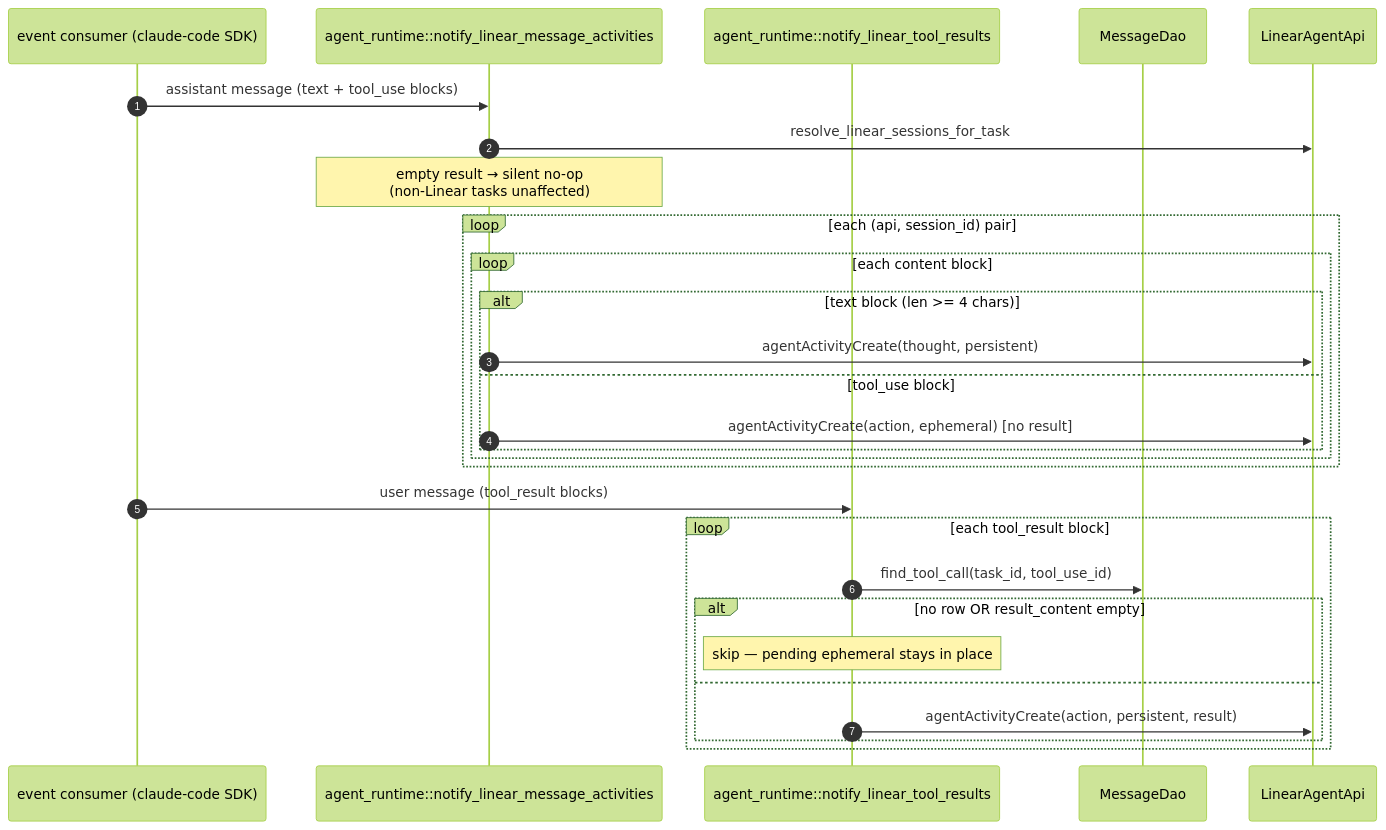
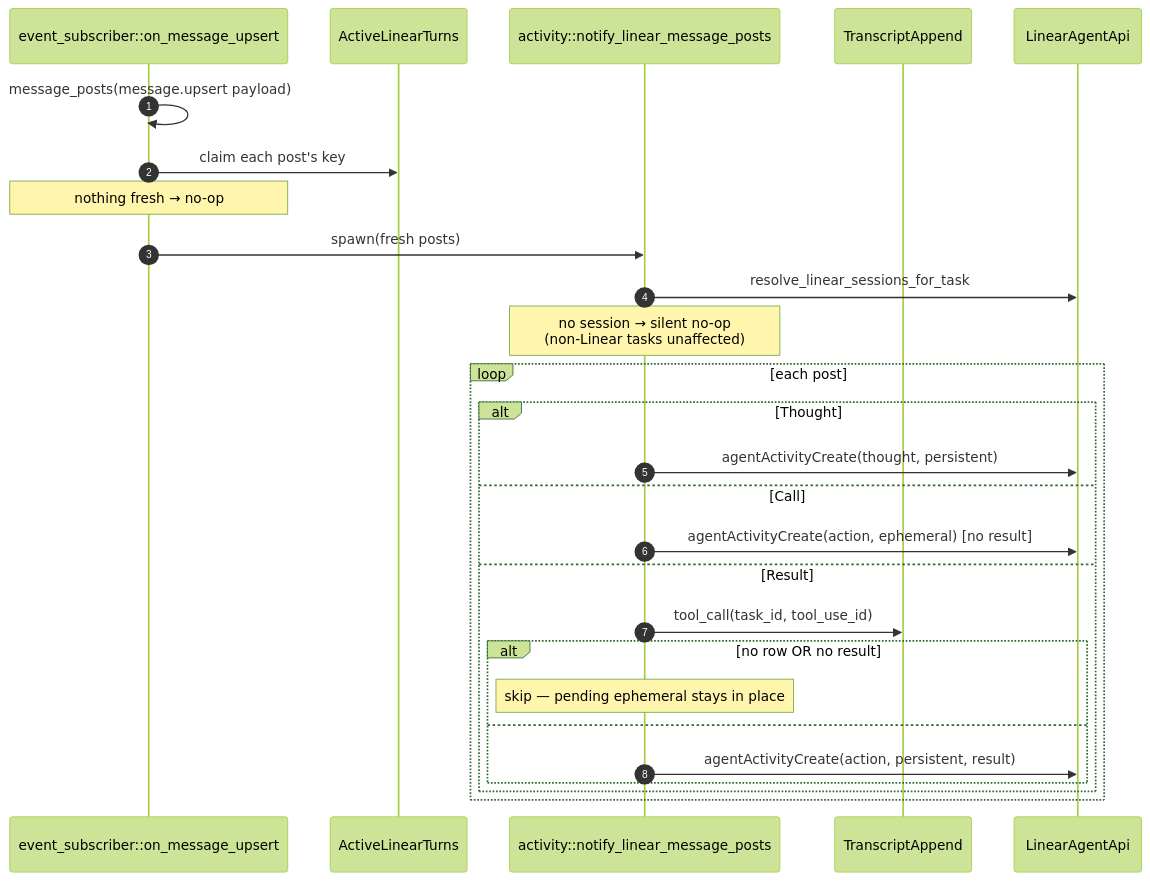
One commit to aorwall/moatless changed the eighth of 9 diagrams in docs/linear-adapter.md. Above: the diagram before and after it, drawn with Mermaid (forest theme). The commit also changed other lines of this file and 72 other files, not shown here.

First line of the commit message:
fix(tasks): stop reprojecting a frozen task's pre-freeze session lines

````diff
--- a/docs/linear-adapter.md
+++ b/docs/linear-adapter.md
@@ -417,32 +420,30 @@
 ```mermaid
 sequenceDiagram
     autonumber
-    participant Consumer as event consumer (claude-code SDK)
-    participant Assistant as agent_runtime::notify_linear_message_activities
-    participant Results as agent_runtime::notify_linear_tool_results
-    participant Repo as MessageDao
+    participant Sub as event_subscriber::on_message_upsert
+    participant Turns as ActiveLinearTurns
+    participant Notify as activity::notify_linear_message_posts
+    participant Repo as TranscriptAppend
     participant API as LinearAgentApi
 
-    Consumer->>Assistant: assistant message (text + tool_use blocks)
-    Assistant->>API: resolve_linear_sessions_for_task
-    Note over Assistant: empty result → silent no-op<br/>(non-Linear tasks unaffected)
-    loop each (api, session_id) pair
-        loop each content block
-            alt text block (len >= 4 chars)
-                Assistant->>API: agentActivityCreate(thought, persistent)
-            else tool_use block
-                Assistant->>API: agentActivityCreate(action, ephemeral) [no result]
+    Sub->>Sub: message_posts(message.upsert payload)
+    Sub->>Turns: claim each post's key
+    Note over Sub: nothing fresh → no-op
+    Sub->>Notify: spawn(fresh posts)
+    Notify->>API: resolve_linear_sessions_for_task
+    Note over Notify: no session → silent no-op<br/>(non-Linear tasks unaffected)
+    loop each post
+        alt Thought
+            Notify->>API: agentActivityCreate(thought, persistent)
+        else Call
+            Notify->>API: agentActivityCreate(action, ephemeral) [no result]
+        else Result
+            Notify->>Repo: tool_call(task_id, tool_use_id)
+            alt no row OR no result
+                Note over Notify: skip — pending ephemeral stays in place
+            else
+                Notify->>API: agentActivityCreate(action, persistent, result)
             end
         end
     end
-
-    Consumer->>Results: user message (tool_result blocks)
-    loop each tool_result block
-        Results->>Repo: find_tool_call(task_id, tool_use_id)
-        alt no row OR result_content empty
-            Note over Results: skip — pending ephemeral stays in place
-        else
-            Results->>API: agentActivityCreate(action, persistent, result)
-        end
-    end
 ```
````
